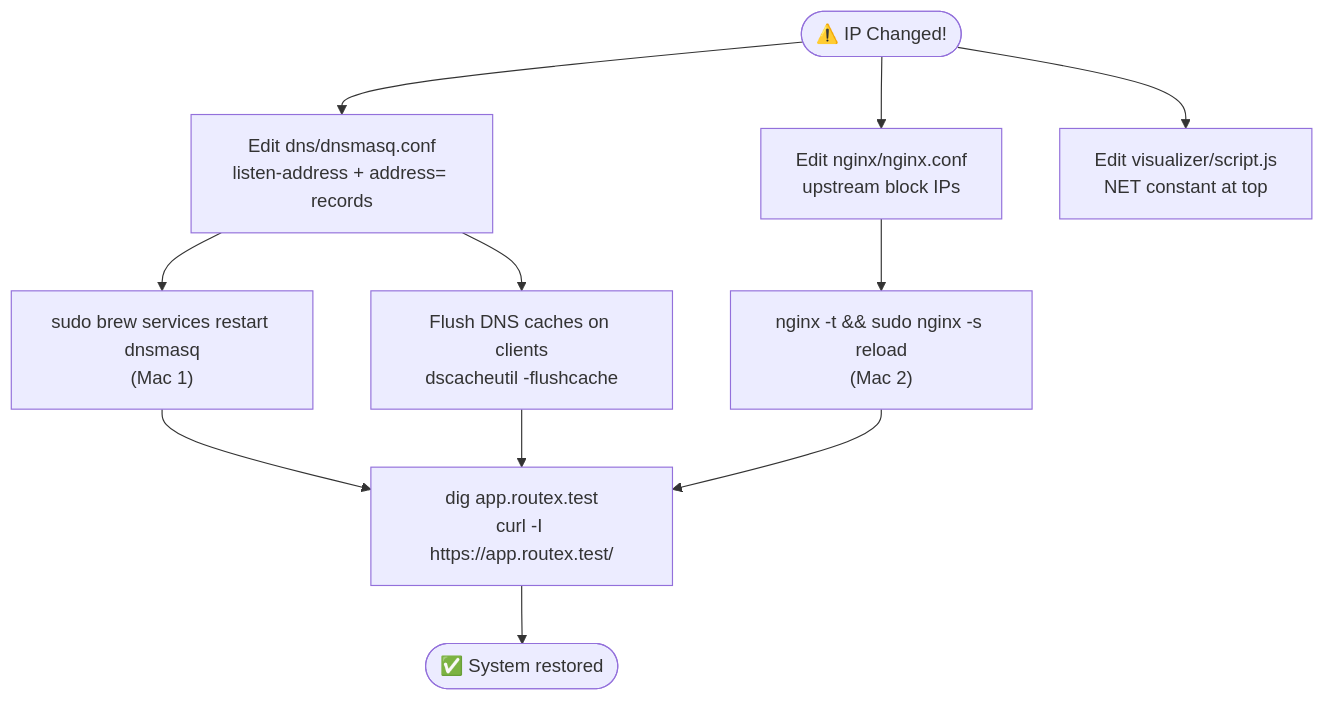
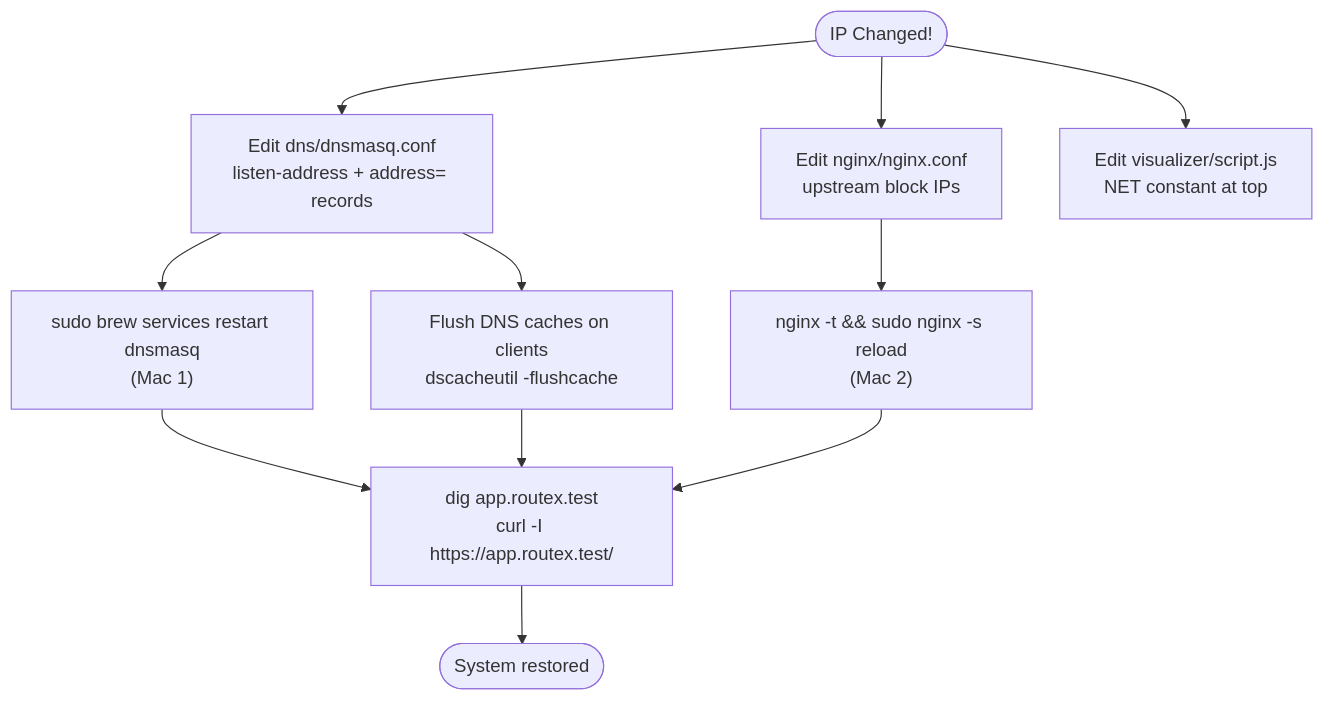
Before and after one commit to Smanikanta21/CN-PROJECT: the fourth of 4 diagrams in docs/IP-INVENTORY.md, drawn with Mermaid. The commit also changed other lines of this file and 3 other files, not shown here.

Commit message:
refactor: removed every hexcode from markdown documentation and diagrams

````diff
--- a/docs/IP-INVENTORY.md
+++ b/docs/IP-INVENTORY.md
@@ -95,19 +95,19 @@
 ```mermaid
 flowchart TD
-    START(["⚠️ IP Changed!"])
+    START([" IP Changed!"])
     F1["Edit dns/dnsmasq.conf\nlisten-address + address= records"]
     F2["Edit nginx/nginx.conf\nupstream block IPs"]
     F3["Edit visualizer/script.js\nNET constant at top"]
     R1["sudo brew services restart dnsmasq\n(Mac 1)"]
     R2["nginx -t && sudo nginx -s reload\n(Mac 2)"]
     R3["Flush DNS caches on clients\ndscacheutil -flushcache"]
     TEST["dig app.routex.test\ncurl -I https://app.routex.test/"]
-    DONE(["✅ System restored"])
+    DONE([" System restored"])
 
     START --> F1 & F2 & F3
     F1 --> R1
     F2 --> R2
     F1 --> R3
     R1 & R2 & R3 --> TEST
     TEST --> DONE
 ```
````
